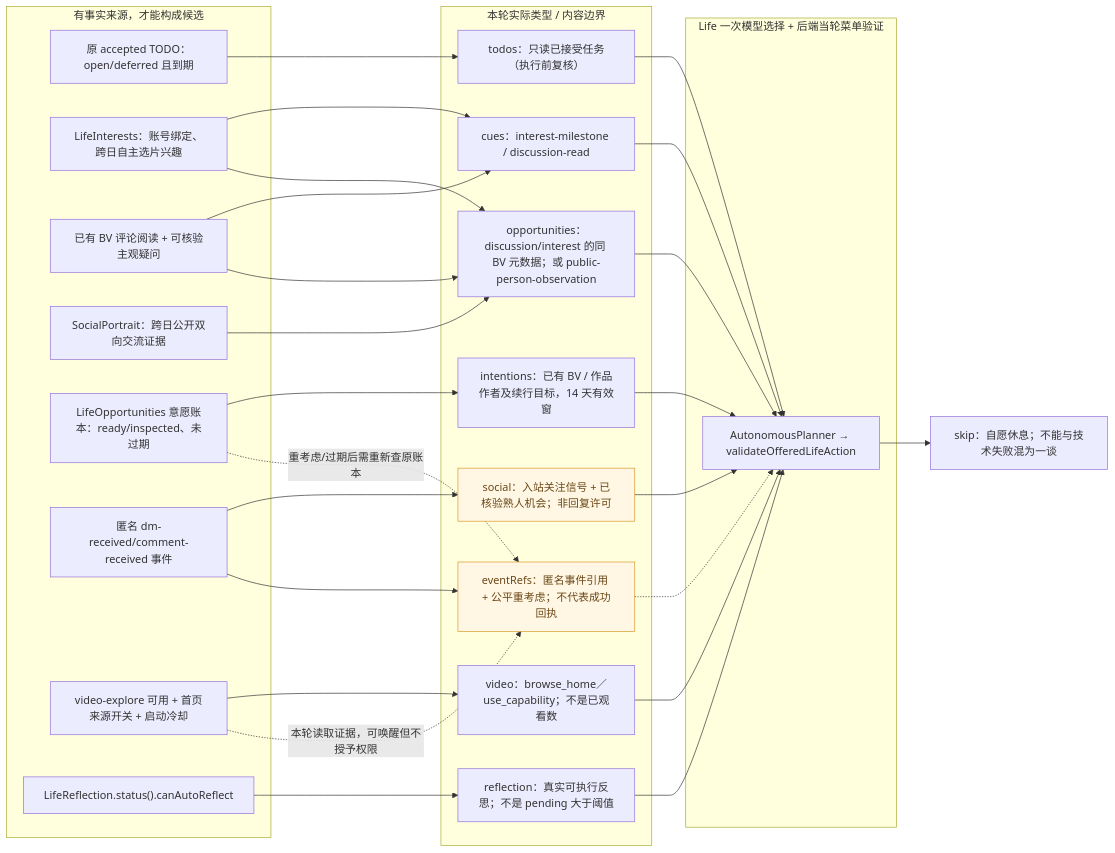
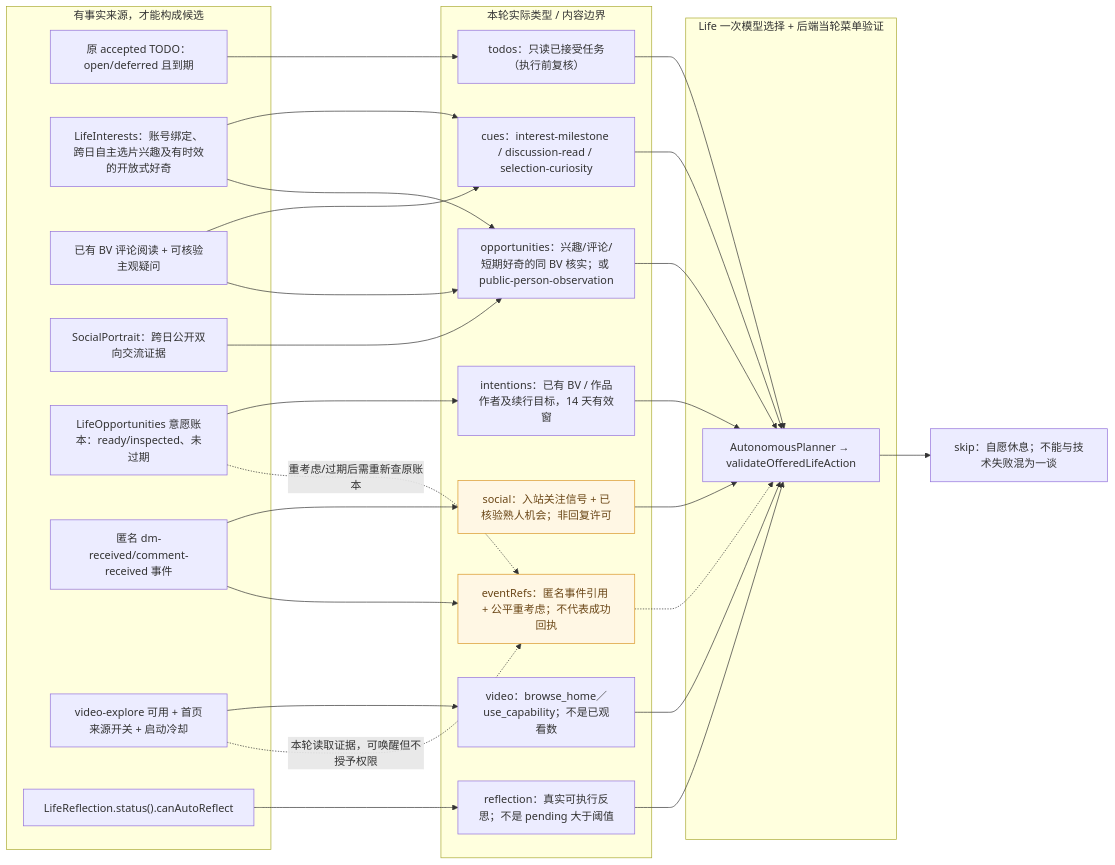
The diagram in docs/architecture/diagrams/life-candidates-current.mmd (minedalang/dsh-dafeiyu-life), drawn with Mermaid before and after one commit. The commit also changed 23 other files, not shown here.

```diff
--- a/docs/architecture/diagrams/life-candidates-current.mmd
+++ b/docs/architecture/diagrams/life-candidates-current.mmd
@@ -1,60 +1,63 @@
 %% 生活候选细目字典：这是当前项目的真实 schema 类型/选择约束，不是泛化的 AI 心理推演。
 flowchart LR
   subgraph inputs["有事实来源，才能构成候选"]
     sourceTodo["原 accepted TODO：open/deferred 且到期"]
-    sourceInterest["LifeInterests：账号绑定、跨日自主选片兴趣"]
+    sourceInterest["LifeInterests：账号绑定、跨日自主选片兴趣及有时效的开放式好奇"]
     sourceDiscussion["已有 BV 评论阅读 + 可核验主观疑问"]
     sourcePerson["SocialPortrait：跨日公开双向交流证据"]
     sourceLife["LifeOpportunities 意愿账本：ready/inspected、未过期"]
     sourceSocial["匿名 dm-received/comment-received 事件"]
     sourceVideo["video-explore 可用 + 首页来源开关 + 启动冷却"]
     sourceReflect["LifeReflection.status().canAutoReflect"]
   end
   subgraph candidates["本轮实际类型 / 内容边界"]
     todos["todos：只读已接受任务（执行前复核）"]
-    cues["cues：interest-milestone / discussion-read"]
-    opportunities["opportunities：discussion/interest 的同 BV 元数据；或 public-person-observation"]
+    cues["cues：interest-milestone / discussion-read / selection-curiosity"]
+    opportunities["opportunities：兴趣/评论/短期好奇的同 BV 核实；或 public-person-observation"]
     intentions["intentions：已有 BV / 作品作者及续行目标，14 天有效窗"]
     social["social：入站关注信号 + 已核验熟人机会；非回复许可"]
     video["video：browse_home／use_capability；不是已观看数"]
     reflection["reflection：真实可执行反思；不是 pending 大于阈值"]
     eventRefs["eventRefs：匿名事件引用 + 公平重考虑；不代表成功回执"]
   end
   sourceTodo --> todos
   sourceInterest --> cues
   sourceDiscussion --> cues
   sourceInterest --> opportunities
   sourceDiscussion --> opportunities
   sourcePerson --> opportunities
   sourceLife --> intentions
   sourceSocial --> social
   sourceVideo --> video
   sourceReflect --> reflection
   sourceSocial --> eventRefs
   sourceVideo -.->|本轮读取证据，可唤醒但不授予权限| eventRefs
   sourceLife -.->|重考虑/过期后需重新查原账本| eventRefs
   subgraph choice["Life 一次模型选择 + 后端当轮菜单验证"]
     planner["AutonomousPlanner → validateOfferedLifeAction"]
   end
   todos --> planner
   cues --> planner
   opportunities --> planner
   intentions --> planner
   social --> planner
   video --> planner
   reflection --> planner
   eventRefs -.-> planner
   rest["skip：自愿休息；不能与技术失败混为一谈"]
   planner --> rest
   classDef partial fill:#fff7e4,stroke:#d99727,color:#6b4717
   class social,eventRefs partial
 
 %% @code todos | lib/owner-todos.mjs | export const READ_TODO_TYPES
 %% @code cues | lib/life-opportunities.mjs | const explorationCues=
 %% @code opportunities | lib/life-opportunities.mjs | export function deriveDiscussionOpportunities
 %% @code intentions | lib/life-opportunities.mjs | const intentions=
 %% @code social | lib/life-agent-events.mjs | const TYPES=new Set
 %% @code video | lib/autonomous-planner.mjs | if(homeEnabled&&lifeSkills.some
 %% @code reflection | lib/life-reflection.mjs | canAutoReflect
 %% @code eventRefs | lib/life-agent-events.mjs | export const lifeEventDebugRef
 %% @code planner | lib/autonomous-planner.mjs | export function validateOfferedLifeAction
+
+%% dev.33 maintenance: selection-curiosity from account-tagged verified selected BV only;
+%% no free-form title search, no automatic outbound approval.
```
